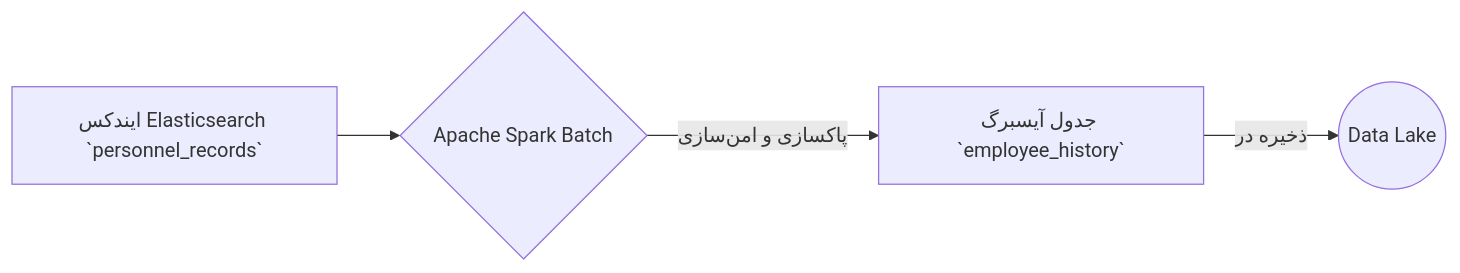
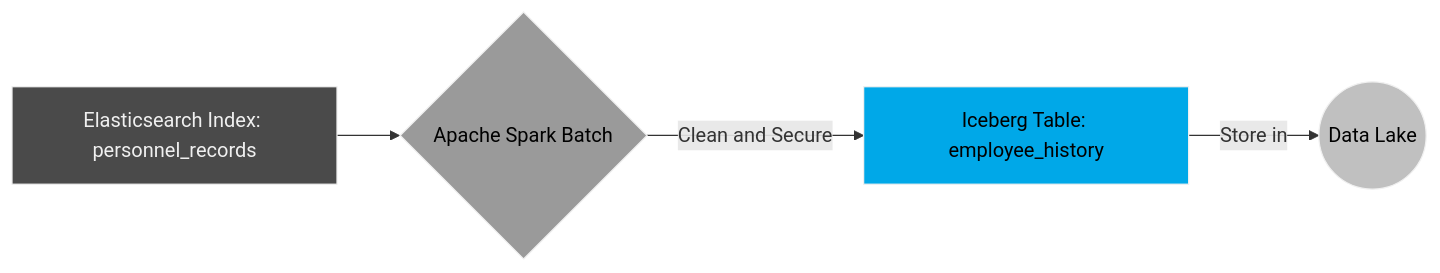
One commit to jonsonpaskal123/iceberg changed the fifth of 6 diagrams in iceberg_explanation_fa.md. Above: the diagram before and after it, drawn with Mermaid. The commit also changed other lines of this file and 1 other file, not shown here.

First line of the commit message:
style(docs): Redesign all Mermaid diagrams with a modern theme

````diff
--- a/iceberg_explanation_fa.md
+++ b/iceberg_explanation_fa.md
@@ -163,6 +199,17 @@
 ```mermaid
 graph LR
-    A[ایندکس Elasticsearch `personnel_records`] --> B{Apache Spark Batch};
-    B -- پاکسازی و امن‌سازی --> C[جدول آیسبرگ `employee_history`];
-    C -- ذخیره در --> D((Data Lake));
+    classDef default fill:#2b2b2b,stroke:#f0f0f0,color:#f0f0f0;
+    classDef source fill:#4a4a4a,stroke:#f0f0f0,color:#f0f0f0;
+    classDef process fill:#9a9a9a,stroke:#f0f0f0,color:#000;
+    classDef iceberg fill:#00a8e8,stroke:#f0f0f0,color:#000;
+    classDef datalake fill:#c0c0c0,stroke:#f0f0f0,color:#000;
+
+    A[Elasticsearch Index: personnel_records] --> B{Apache Spark Batch};
+    B -- Clean and Secure --> C[Iceberg Table: employee_history];
+    C -- Store in --> D((Data Lake));
+
+    class A source;
+    class B process;
+    class C iceberg;
+    class D datalake;
 ```
````
